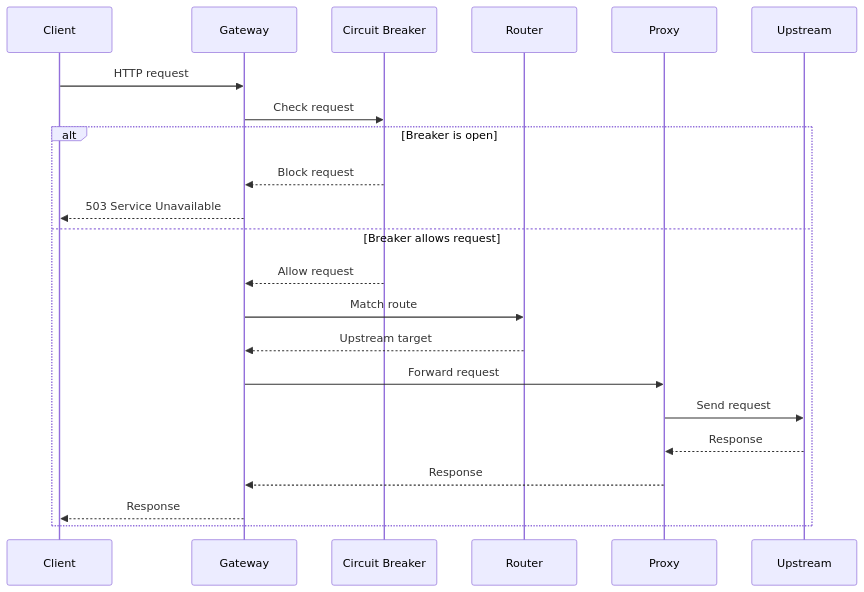
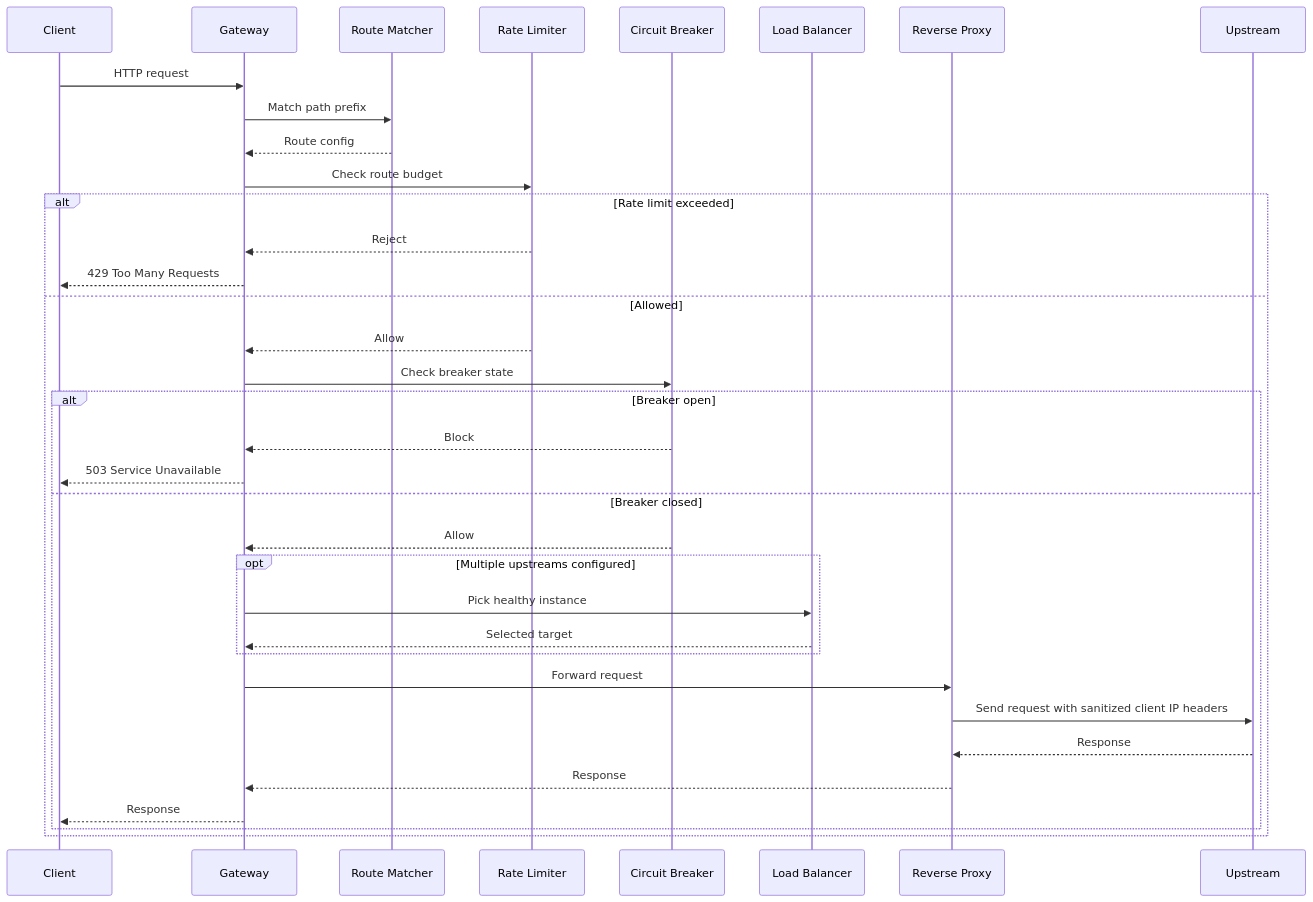
The second of 2 diagrams in README.md (jhanvi857/Vexor), drawn with Mermaid before and after one commit. The commit also changed other lines of this file, not shown here.

````diff
--- a/README.md
+++ b/README.md
@@ -27,26 +39,38 @@
 ```mermaid
 sequenceDiagram
     participant Client
     participant Gateway
+    participant Route as Route Matcher
+    participant Limit as Rate Limiter
     participant Breaker as Circuit Breaker
-    participant Router
-    participant Proxy
+    participant Balance as Load Balancer
+    participant Proxy as Reverse Proxy
     participant Upstream
 
     Client->>Gateway: HTTP request
-    Gateway->>Breaker: Check request
-
-    alt Breaker is open
-        Breaker-->>Gateway: Block request
-        Gateway-->>Client: 503 Service Unavailable
-    else Breaker allows request
-        Breaker-->>Gateway: Allow request
-        Gateway->>Router: Match route
-        Router-->>Gateway: Upstream target
-        Gateway->>Proxy: Forward request
-        Proxy->>Upstream: Send request
-        Upstream-->>Proxy: Response
-        Proxy-->>Gateway: Response
-        Gateway-->>Client: Response
+    Gateway->>Route: Match path prefix
+    Route-->>Gateway: Route config
+    Gateway->>Limit: Check route budget
+    alt Rate limit exceeded
+        Limit-->>Gateway: Reject
+        Gateway-->>Client: 429 Too Many Requests
+    else Allowed
+        Limit-->>Gateway: Allow
+        Gateway->>Breaker: Check breaker state
+        alt Breaker open
+            Breaker-->>Gateway: Block
+            Gateway-->>Client: 503 Service Unavailable
+        else Breaker closed
+            Breaker-->>Gateway: Allow
+            opt Multiple upstreams configured
+                Gateway->>Balance: Pick healthy instance
+                Balance-->>Gateway: Selected target
+            end
+            Gateway->>Proxy: Forward request
+            Proxy->>Upstream: Send request with sanitized client IP headers
+            Upstream-->>Proxy: Response
+            Proxy-->>Gateway: Response
+            Gateway-->>Client: Response
+        end
     end
 ```
````
